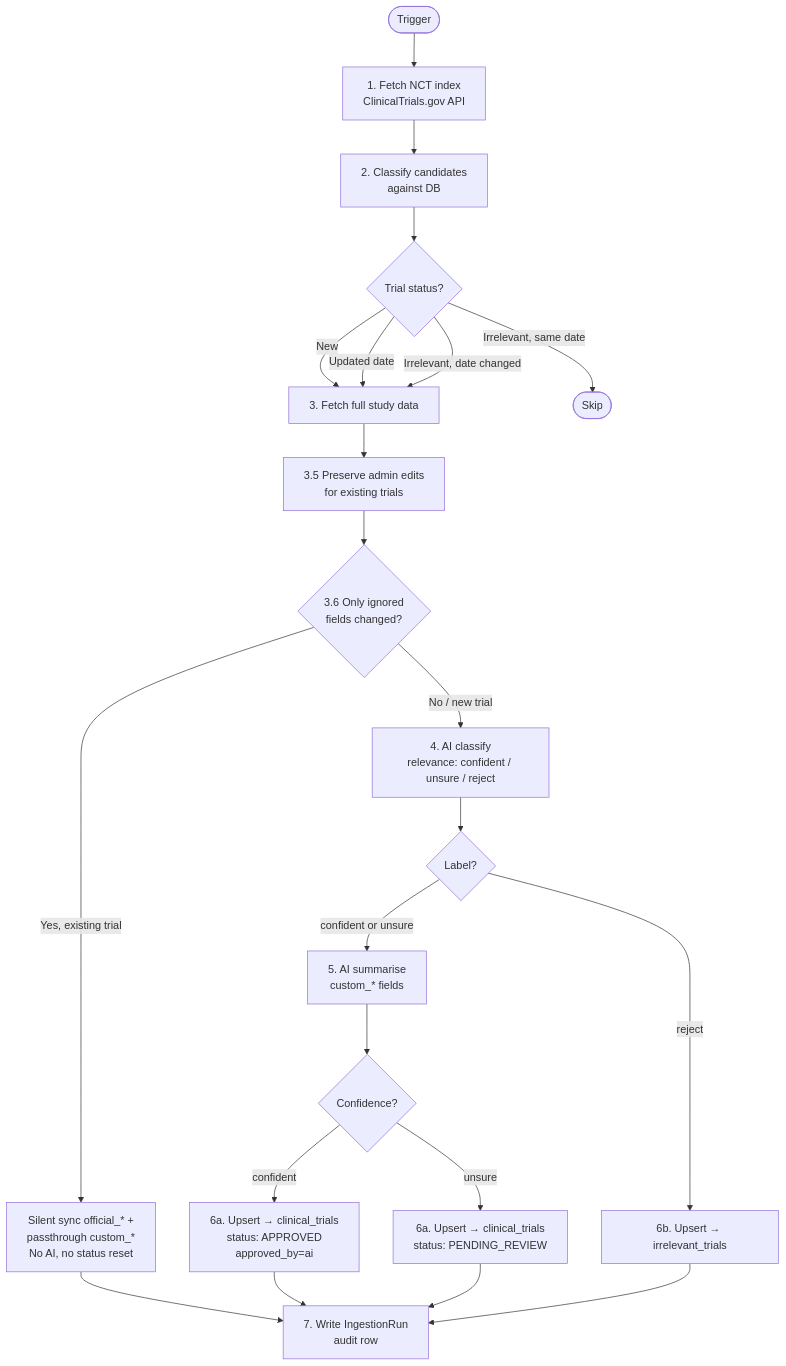
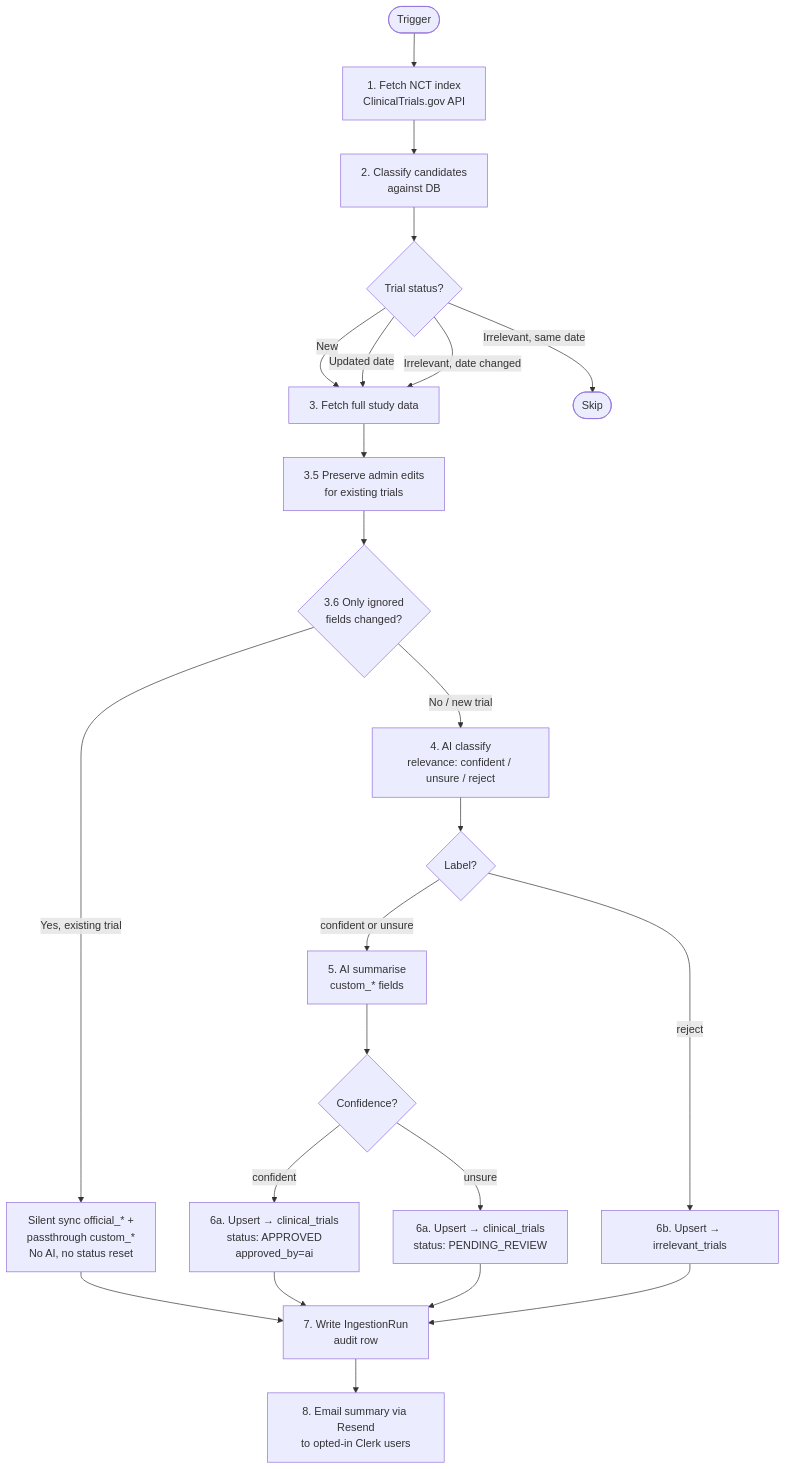
Before and after one commit to The-Bardo-Foundation/ONTEX: the first of 2 diagrams in docs/ingestion.md, drawn with Mermaid. The commit also changed other lines of this file and 1 other file, not shown here.

First line of the commit message:
docs: document the ingestion summary email (Step 8)

````diff
--- a/docs/ingestion.md
+++ b/docs/ingestion.md
@@ -18,29 +18,30 @@
 ```mermaid
 flowchart TD
     A([Trigger]) --> B[1. Fetch NCT index\nClinicalTrials.gov API]
     B --> C[2. Classify candidates\nagainst DB]
     C --> D{Trial status?}
 
     D -->|New| E[3. Fetch full study data]
     D -->|Updated date| E
     D -->|Irrelevant, date changed| E
     D -->|Irrelevant, same date| Z([Skip])
 
     E --> F[3.5 Preserve admin edits\nfor existing trials]
     F --> S{3.6 Only ignored\nfields changed?}
     S -->|Yes, existing trial| N[Silent sync official_* +\npassthrough custom_*\nNo AI, no status reset]
     S -->|No / new trial| G[4. AI classify\nrelevance: confident / unsure / reject]
     N --> L
     G --> I{Label?}
 
     I -->|confident or unsure| H[5. AI summarise\ncustom_* fields]
     I -->|reject| K[6b. Upsert → irrelevant_trials]
 
     H --> M{Confidence?}
     M -->|confident| J1[6a. Upsert → clinical_trials\nstatus: APPROVED\napproved_by=ai]
     M -->|unsure| J2[6a. Upsert → clinical_trials\nstatus: PENDING_REVIEW]
 
     J1 --> L[7. Write IngestionRun\naudit row]
     J2 --> L
     K --> L
+    L --> O[8. Email summary via Resend\nto opted-in Clerk users]
 ```
````
